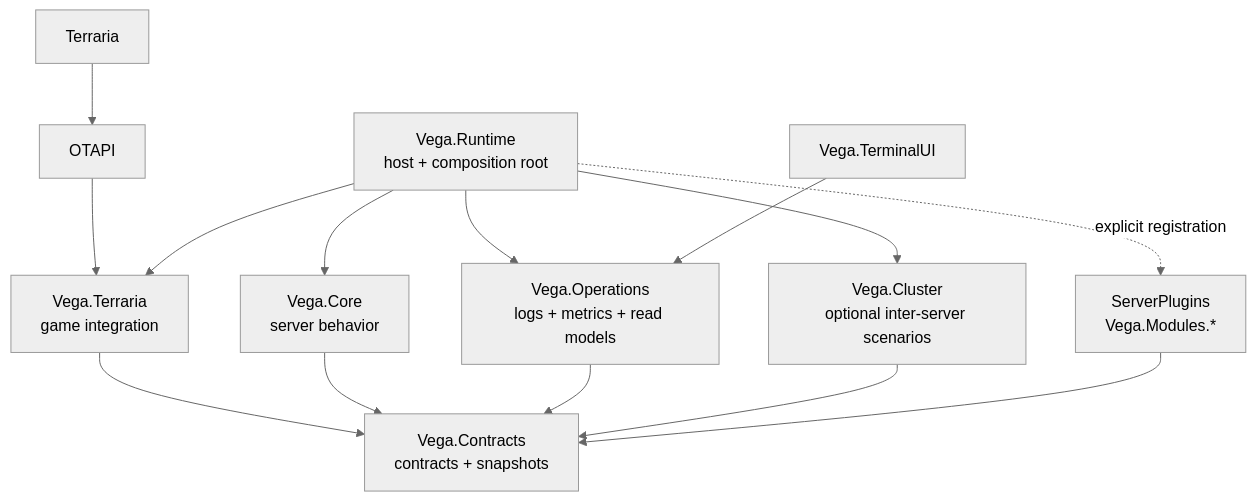
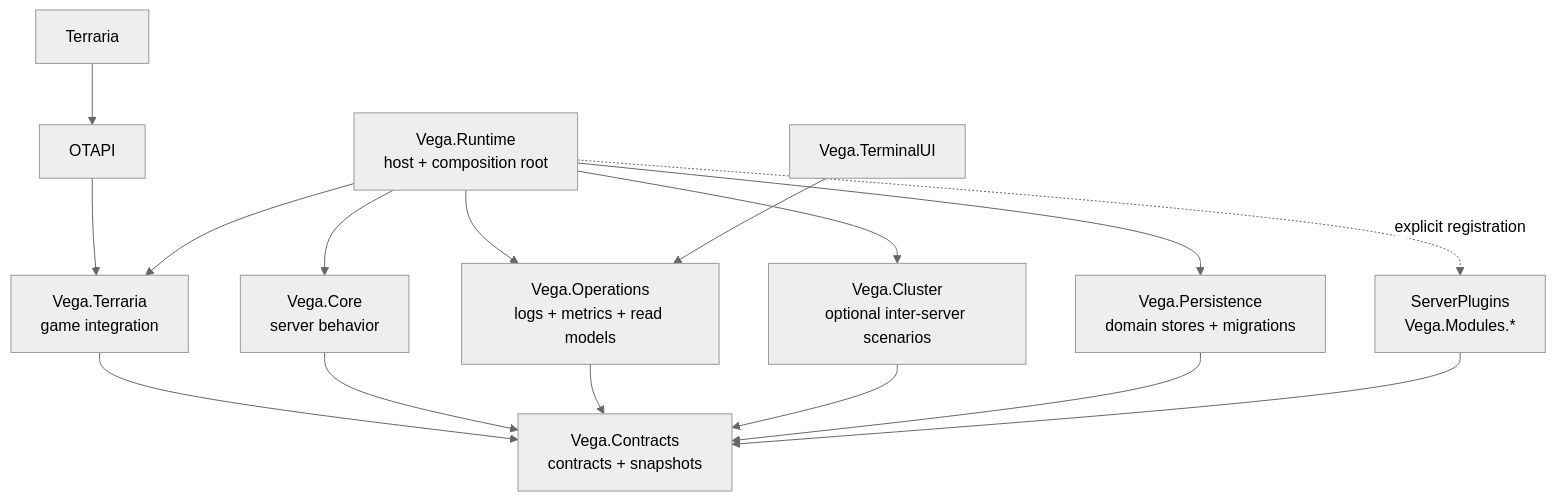
Before and after one commit to VegaKernel/Vega: the diagram in README_EN.md, drawn with Mermaid (neutral theme). The commit also changed other lines of this file and 40 other files, not shown here.

````diff
--- a/README_EN.md
+++ b/README_EN.md
@@ -17,19 +17,21 @@
 ```mermaid
 flowchart TB
     Terraria["Terraria"] --> OTAPI["OTAPI"]
     OTAPI --> TerrariaAdapter["Vega.Terraria<br/>game integration"]
 
     Runtime["Vega.Runtime<br/>host + composition root"] --> TerrariaAdapter
     Runtime --> Core["Vega.Core<br/>server behavior"]
     Runtime --> Operations["Vega.Operations<br/>logs + metrics + read models"]
     Runtime --> Cluster["Vega.Cluster<br/>optional inter-server scenarios"]
+    Runtime --> Persistence["Vega.Persistence<br/>domain stores + migrations"]
     Runtime -. "explicit registration" .-> Modules["ServerPlugins<br/>Vega.Modules.*"]
 
     TerrariaAdapter --> Contracts["Vega.Contracts<br/>contracts + snapshots"]
     Core --> Contracts
     Operations --> Contracts
     Cluster --> Contracts
+    Persistence --> Contracts
     Modules --> Contracts
 
     TerminalUI["Vega.TerminalUI"] --> Operations
 ```
````
